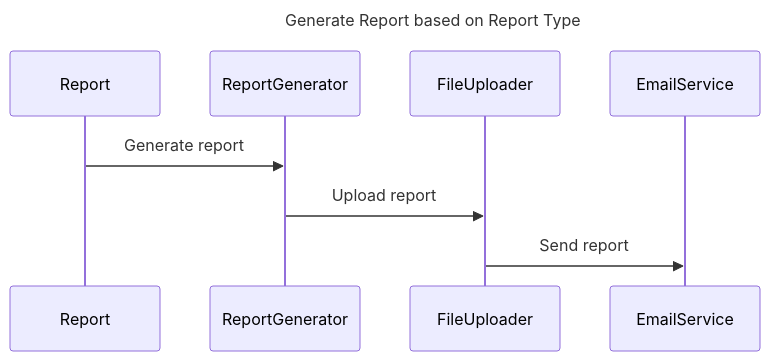
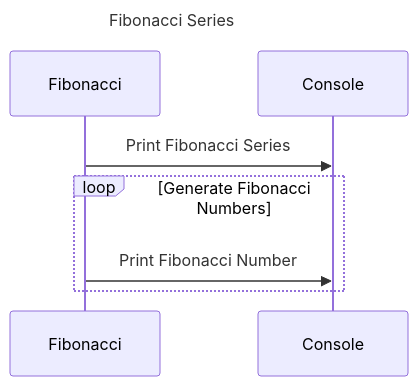
One commit to RichardHightower/docgen changed the fourth of 10 diagrams in src/main/templates/methods/example.md. Above: the diagram before and after it, drawn with Mermaid. The commit also changed other lines of this file and 14 other files, not shown here.

````diff
--- a/src/main/templates/methods/example.md
+++ b/src/main/templates/methods/example.md
@@ -238,14 +313,15 @@
 ```mermaid
 ---
-title: Generate Report based on Report Type
+title: Fibonacci Series
 ---
 sequenceDiagram
-    participant Report
-    participant ReportGenerator
-    participant FileUploader
-    participant EmailService
-    
-    Report->>ReportGenerator: Generate report
-    ReportGenerator->>FileUploader: Upload report
-    FileUploader->>EmailService: Send report
+
+
+    participant Fibonacci
+    participant Console
+
+    Fibonacci->>Console: Print Fibonacci Series
+    loop Generate Fibonacci Numbers
+        Fibonacci->>Console: Print Fibonacci Number
+    end
 ```
````
